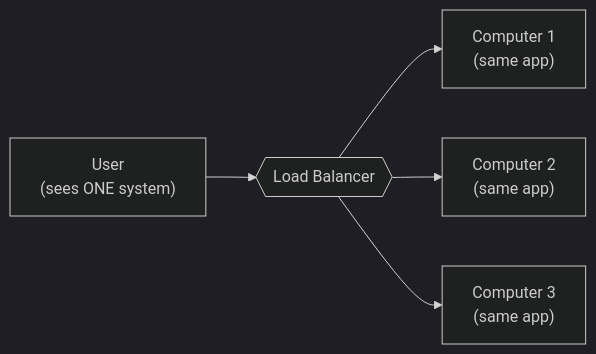
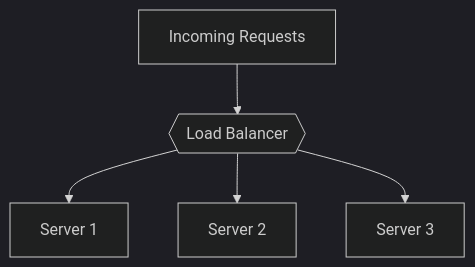
One commit to HARRISAMIN432/system-design-hld changed the fourth of 17 diagrams in 09_distributed_computing/README.md. Above: the diagram before and after it, drawn with Mermaid (dark theme). The commit also changed other lines of this file and 11 other files, not shown here.

````diff
--- a/09_distributed_computing/README.md
+++ b/09_distributed_computing/README.md
@@ -30,7 +257,7 @@
 ```mermaid
-flowchart LR
-    U["User<br/>(sees ONE system)"] --> LB{{"Load Balancer"}}
-    LB --> N1["Computer 1<br/>(same app)"]
-    LB --> N2["Computer 2<br/>(same app)"]
-    LB --> N3["Computer 3<br/>(same app)"]
+flowchart TB
+    U["Incoming Requests"] --> LB{{"Load Balancer"}}
+    LB --> S1["Server 1"]
+    LB --> S2["Server 2"]
+    LB --> S3["Server 3"]
 ```
````
